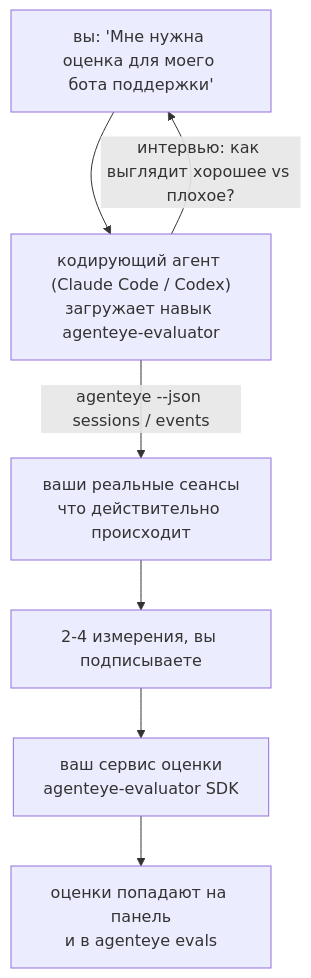
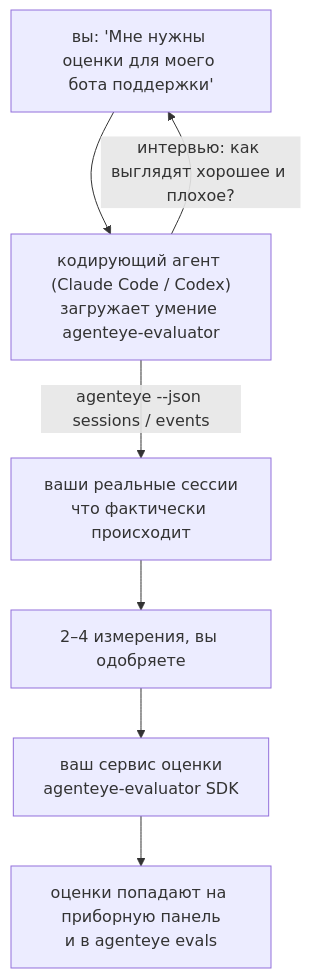
Before and after one commit to FailproofAI/failproofai: the diagram in docs/ru/agenteye/evaluator-skill.mdx, drawn with Mermaid. The commit also changed other lines of this file and 678 other files, not shown here.

````diff
--- a/docs/ru/agenteye/evaluator-skill.mdx
+++ b/docs/ru/agenteye/evaluator-skill.mdx
@@ -22,9 +22,9 @@
 ```mermaid
 flowchart TD
-    YOU["вы: 'Мне нужна оценка для моего бота поддержки'"] --> AGENT["кодирующий агент (Claude Code / Codex)<br/>загружает навык agenteye-evaluator"]
-    AGENT -->|"интервью: как выглядит хорошее vs плохое?"| YOU
-    AGENT -->|"agenteye --json sessions / events"| DATA["ваши реальные сеансы<br/>что действительно происходит"]
-    DATA --> DIMS["2-4 измерения, вы подписываете"]
+    YOU["вы: 'Мне нужны оценки для моего бота поддержки'"] --> AGENT["кодирующий агент (Claude Code / Codex)<br/>загружает умение agenteye-evaluator"]
+    AGENT -->|"интервью: как выглядят хорошее и плохое?"| YOU
+    AGENT -->|"agenteye --json sessions / events"| DATA["ваши реальные сессии<br/>что фактически происходит"]
+    DATA --> DIMS["2–4 измерения, вы одобряете"]
     DIMS --> SVC["ваш сервис оценки<br/>agenteye-evaluator SDK"]
-    SVC --> SCORES["оценки попадают на панель<br/>и в agenteye evals"]
+    SVC --> SCORES["оценки попадают на приборную панель<br/>и в agenteye evals"]
 ```
````
